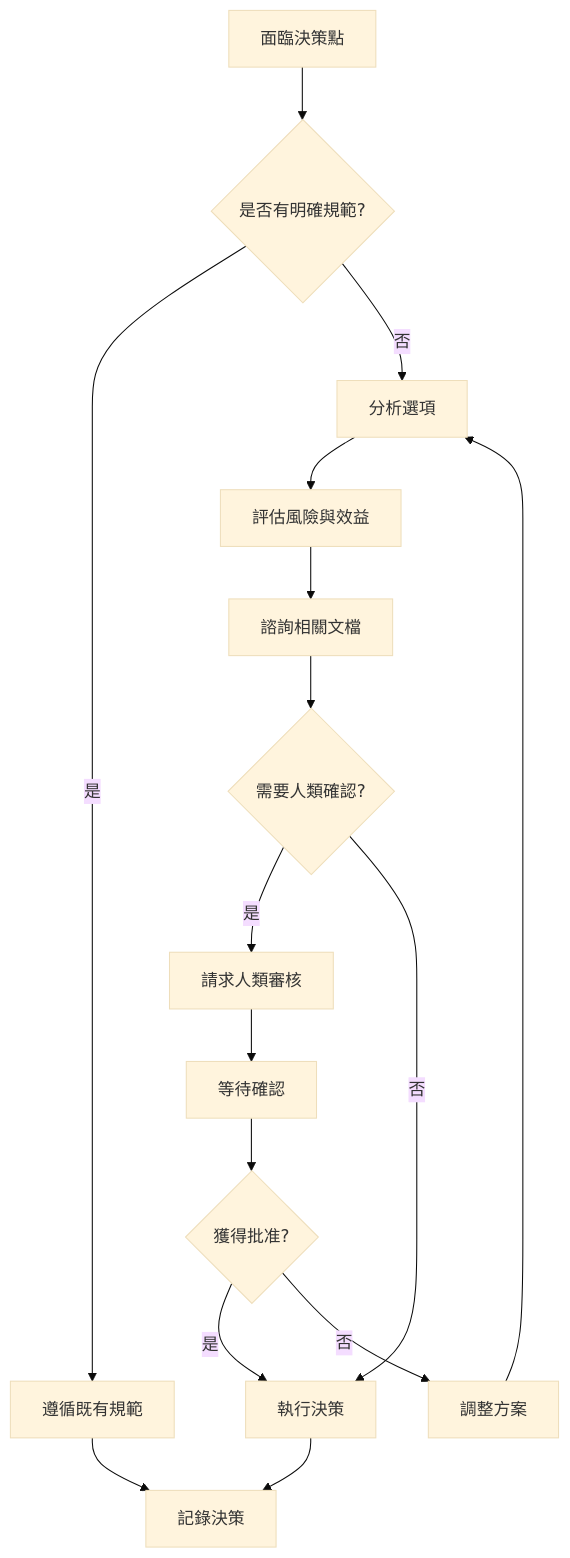
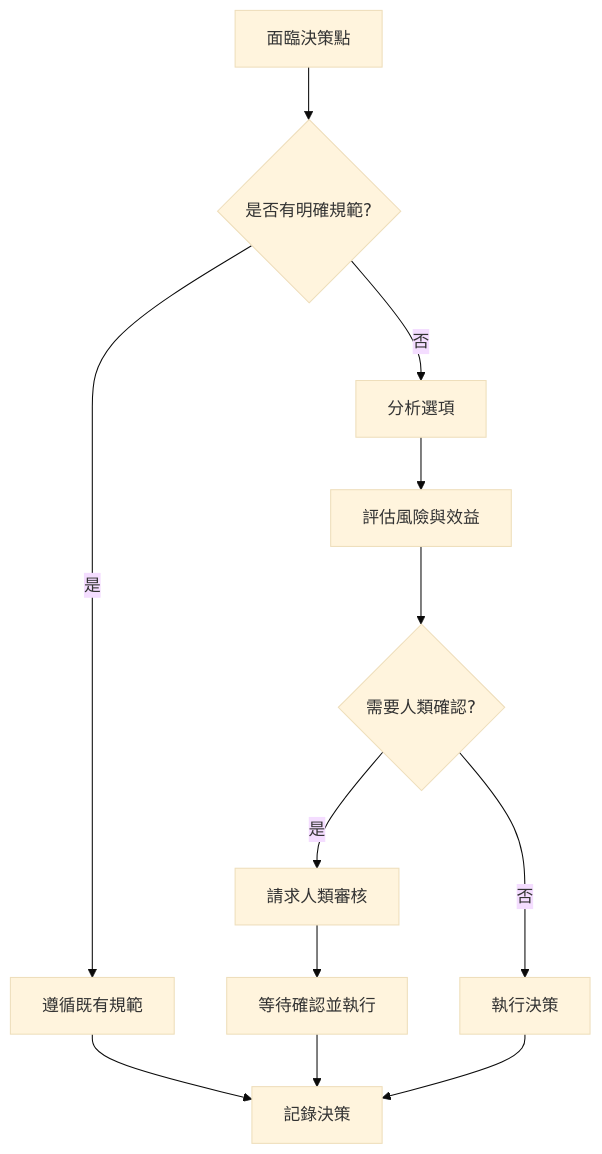
Before and after one commit to detectviz/detectviz-platform: the third of 3 diagrams in AGENT.md, drawn with Mermaid (base theme). The commit also changed other lines of this file and 8 other files, not shown here.

````diff
--- a/AGENT.md
+++ b/AGENT.md
@@ -165,18 +136,14 @@
 ```mermaid
 flowchart TD
     A[面臨決策點] --> B{是否有明確規範?}
     B -->|是| C[遵循既有規範]
     B -->|否| D[分析選項]
     D --> E[評估風險與效益]
-    E --> F[諮詢相關文檔]
-    F --> G{需要人類確認?}
-    G -->|是| H[請求人類審核]
-    G -->|否| I[執行決策]
-    H --> J[等待確認]
-    J --> K{獲得批准?}
-    K -->|是| I
-    K -->|否| L[調整方案]
-    L --> D
-    I --> M[記錄決策]
-    C --> M
+    E --> F{需要人類確認?}
+    F -->|是| G[請求人類審核]
+    F -->|否| H[執行決策]
+    G --> I[等待確認並執行]
+    H --> J[記錄決策]
+    C --> J
+    I --> J
 ```
````
